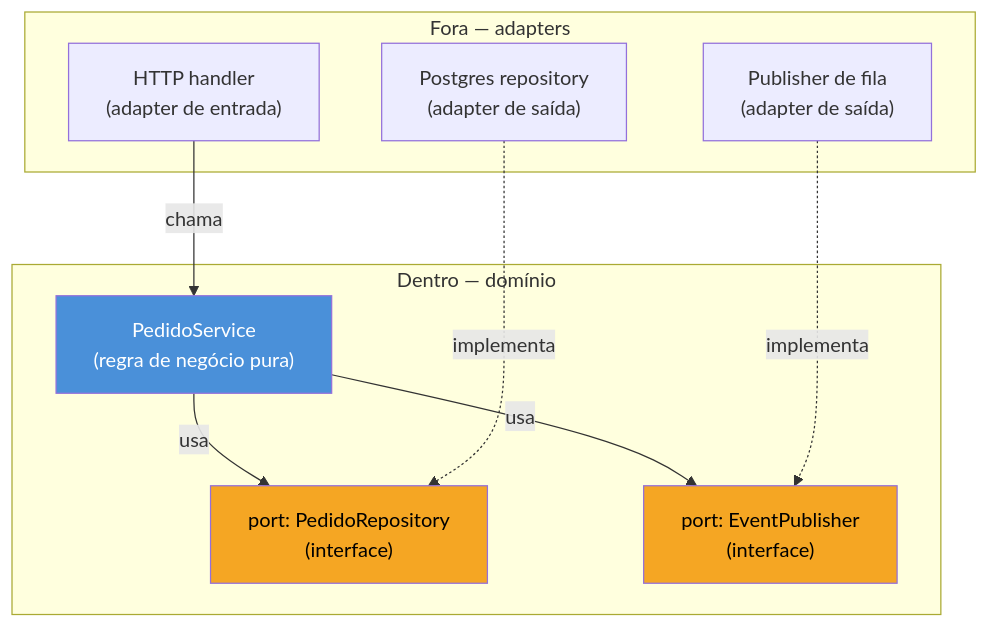
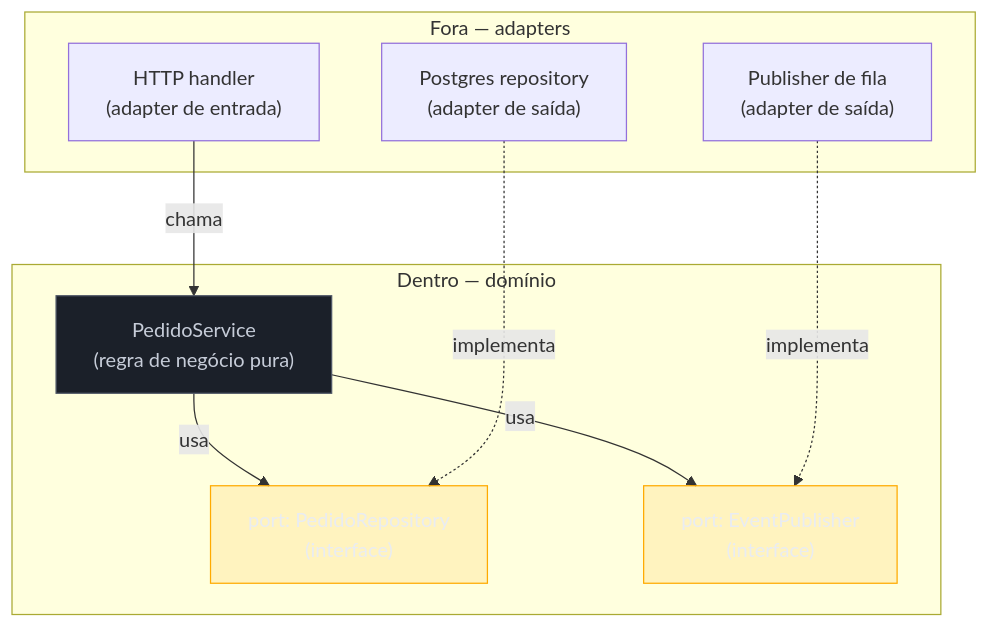
One commit to josenaldo/codex-technomanticus changed the first of 2 diagrams in 03-Dominios/Tecnologia/Go/14 - Microservices e arquitetura/05 - Arquitetura hexagonal e clean em Go.md. Above: the diagram before and after it, drawn with Mermaid. The commit also changed 1181 other files, not shown here.

First line of the commit message:
fix(diagramas): paleta do sistema no lugar de cor cravada no markdown

````diff
--- a/03-Dominios/Tecnologia/Go/14 - Microservices e arquitetura/05 - Arquitetura hexagonal e clean em Go.md
+++ b/03-Dominios/Tecnologia/Go/14 - Microservices e arquitetura/05 - Arquitetura hexagonal e clean em Go.md
@@ -49,24 +49,26 @@
 ```mermaid
 flowchart TB
+    classDef neutro fill:#1B2029,stroke:#4E5666,color:#C6CCD8
+    classDef destaque fill:#FFAA0024,stroke:#FFAA00,color:#E9ECF2
     subgraph Fora["Fora — adapters"]
         HTTP["HTTP handler\n(adapter de entrada)"]
         PG["Postgres repository\n(adapter de saída)"]
         MSG["Publisher de fila\n(adapter de saída)"]
     end
 
     subgraph Dentro["Dentro — domínio"]
         PORT1["port: PedidoRepository\n(interface)"]
         PORT2["port: EventPublisher\n(interface)"]
         SERV["PedidoService\n(regra de negócio pura)"]
     end
 
     HTTP -->|chama| SERV
     SERV -->|usa| PORT1
     SERV -->|usa| PORT2
     PG -.->|implementa| PORT1
     MSG -.->|implementa| PORT2
 
-    style SERV fill:#4A90D9,color:#fff
-    style PORT1 fill:#F5A623,color:#000
-    style PORT2 fill:#F5A623,color:#000
+    class SERV neutro
+    class PORT1 destaque
+    class PORT2 destaque
 ```
````
